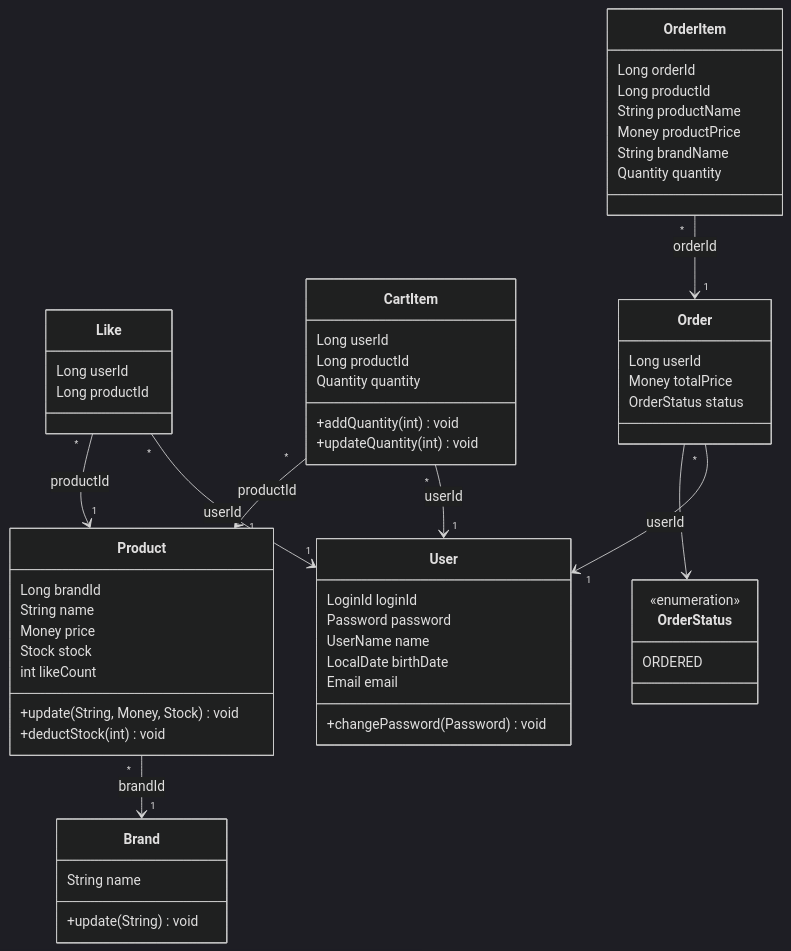
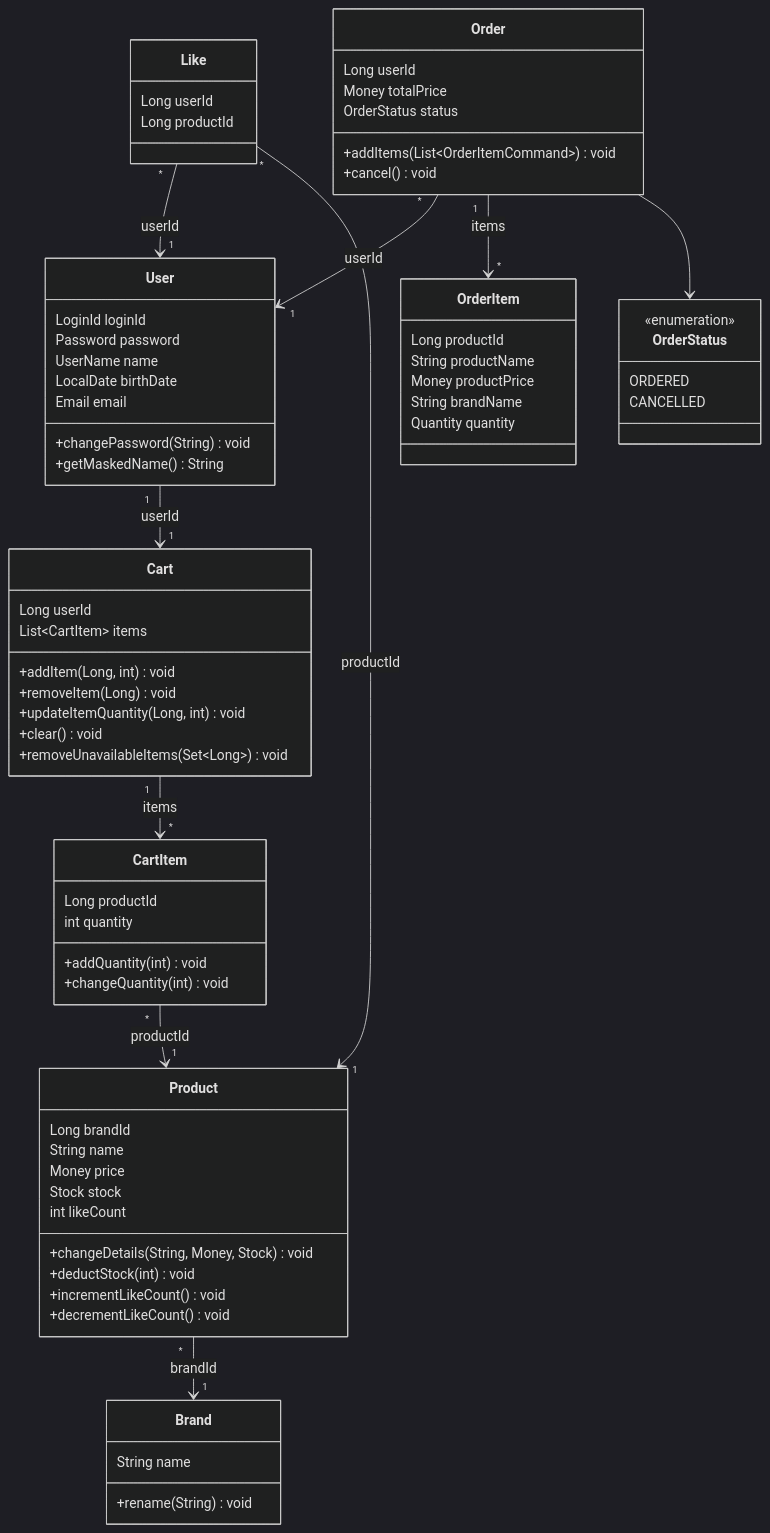
One commit to Loopers-dev-lab/loop-pack-be-l2-vol3-java changed the diagram in .docs/03-class-diagram.md. Above: the diagram before and after it, drawn with Mermaid (dark theme). The commit also changed other lines of this file and 3 other files, not shown here.

````diff
--- a/.docs/03-class-diagram.md
+++ b/.docs/03-class-diagram.md
@@ -14,12 +14,13 @@
         UserName name
         LocalDate birthDate
         Email email
-        +changePassword(Password) void
+        +changePassword(String) void
+        +getMaskedName() String
     }
 
     class Brand {
         String name
-        +update(String) void
+        +rename(String) void
     }
 
     class Product {
@@ -28,8 +29,10 @@
         Money price
         Stock stock
         int likeCount
-        +update(String, Money, Stock) void
+        +changeDetails(String, Money, Stock) void
         +deductStock(int) void
+        +incrementLikeCount() void
+        +decrementLikeCount() void
     }
 
     class Like {
@@ -37,22 +40,32 @@
         Long productId
     }
 
+    class Cart {
+        Long userId
+        List~CartItem~ items
+        +addItem(Long, int) void
+        +removeItem(Long) void
+        +updateItemQuantity(Long, int) void
+        +clear() void
+        +removeUnavailableItems(Set~Long~) void
+    }
+
     class CartItem {
-        Long userId
         Long productId
-        Quantity quantity
+        int quantity
         +addQuantity(int) void
-        +updateQuantity(int) void
+        +changeQuantity(int) void
     }
 
     class Order {
         Long userId
         Money totalPrice
         OrderStatus status
+        +addItems(List~OrderItemCommand~) void
+        +cancel() void
     }
 
     class OrderItem {
-        Long orderId
         Long productId
         String productName
         Money productPrice
@@ -63,14 +76,16 @@
     class OrderStatus {
         <<enumeration>>
         ORDERED
+        CANCELLED
     }
 
     Product "*" --> "1" Brand : brandId
     Like "*" --> "1" User : userId
     Like "*" --> "1" Product : productId
-    CartItem "*" --> "1" User : userId
+    User "1" --> "1" Cart : userId
+    Cart "1" --> "*" CartItem : items
     CartItem "*" --> "1" Product : productId
     Order "*" --> "1" User : userId
-    OrderItem "*" --> "1" Order : orderId
+    Order "1" --> "*" OrderItem : items
     Order --> OrderStatus
 ```
````
